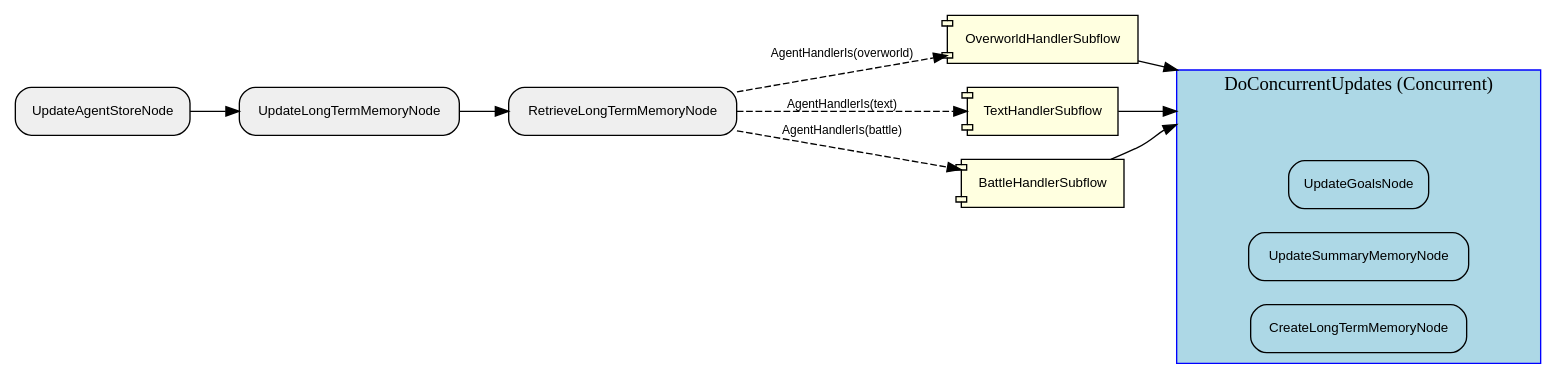
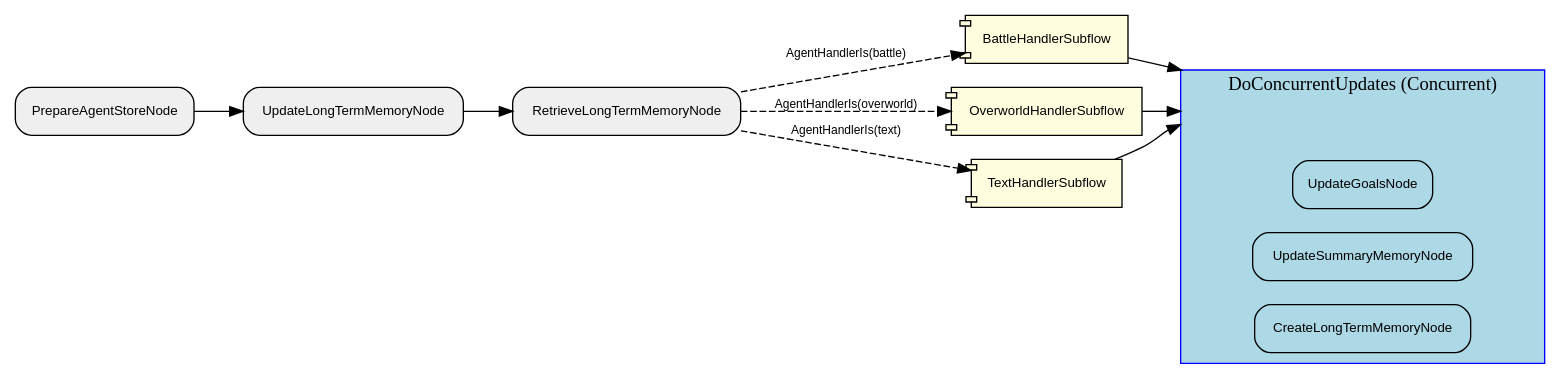
Before and after one commit to clambro/ai-plays-pokemon: the diagram in visualization/agent_graph/Graph.dot, drawn with Graphviz. The commit also changed 14 other files, not shown here.

```diff
--- a/visualization/agent_graph/Graph.dot
+++ b/visualization/agent_graph/Graph.dot
@@ -1,33 +1,33 @@
 digraph "G" {
   rankdir=LR;
   compound=true;
   node [shape=box, style="rounded,filled", fillcolor="#EFEFEF", fontname="Helvetica", fontsize=10];
   edge [fontname="Helvetica", fontsize=9];
-  subgraph "cluster_b3H5VVraMrmZ4UsAiz41k" {
+  subgraph "cluster_15ISiJW4Yi69JEu04sSHH" {
     label="DoConcurrentUpdates (Concurrent)";
     style="filled"; fillcolor="lightblue"; color="blue";
     node [fillcolor="lightblue", style="filled,rounded"];
-    "b3H5VVraMrmZ4UsAiz41k__entry" [label="", shape=point, width=0.01, style=invis];
-    "b3H5VVraMrmZ4UsAiz41k__exit"  [label="", shape=point, width=0.01, style=invis];
-    Jpjj4Hl6CoQfjNYYRkrOe [label="UpdateGoalsNode"];
-    U1S41vR2dN5AN0bR9nk2k [label="UpdateSummaryMemoryNode"];
-    Wx7mTDOhLdg5VGuPyCp57 [label="CreateLongTermMemoryNode"];
+    "15ISiJW4Yi69JEu04sSHH__entry" [label="", shape=point, width=0.01, style=invis];
+    "15ISiJW4Yi69JEu04sSHH__exit"  [label="", shape=point, width=0.01, style=invis];
+    c1SKqN2WIx2ij4NgUKTvb [label="UpdateGoalsNode"];
+    jLEwWIrZGxAGg4o38i4su [label="UpdateSummaryMemoryNode"];
+    GXflY9EKdHPiqjInL1sYC [label="CreateLongTermMemoryNode"];
   }
-  Wx7mTDOhLdg5VGuPyCp57 [label="CreateLongTermMemoryNode"];
-  SofP6yJCyvUuyVSpag27N [label="UpdateLongTermMemoryNode"];
-  x9ZFB1IVrCPAvM0nA9SUO [label="UpdateAgentStoreNode"];
-  Jpjj4Hl6CoQfjNYYRkrOe [label="UpdateGoalsNode"];
-  "2ErnJHmCWvIhWhkdqXywR" [label="OverworldHandlerSubflow", shape=component, style="filled,rounded", fillcolor="lightyellow"];
-  g12kDcX1UnGmAvx4GUkHM [label="RetrieveLongTermMemoryNode"];
-  JCWiGcm5Q0MBFyu3SqHFT [label="TextHandlerSubflow", shape=component, style="filled,rounded", fillcolor="lightyellow"];
-  U1S41vR2dN5AN0bR9nk2k [label="UpdateSummaryMemoryNode"];
-  iDt9QNltHqAMrDkAWDKBu [label="BattleHandlerSubflow", shape=component, style="filled,rounded", fillcolor="lightyellow"];
-  x9ZFB1IVrCPAvM0nA9SUO -> SofP6yJCyvUuyVSpag27N [style="solid"];
-  SofP6yJCyvUuyVSpag27N -> g12kDcX1UnGmAvx4GUkHM [style="solid"];
-  g12kDcX1UnGmAvx4GUkHM -> "2ErnJHmCWvIhWhkdqXywR" [style="dashed", label="AgentHandlerIs(overworld)"];
-  g12kDcX1UnGmAvx4GUkHM -> iDt9QNltHqAMrDkAWDKBu [style="dashed", label="AgentHandlerIs(battle)"];
-  g12kDcX1UnGmAvx4GUkHM -> JCWiGcm5Q0MBFyu3SqHFT [style="dashed", label="AgentHandlerIs(text)"];
-  JCWiGcm5Q0MBFyu3SqHFT -> b3H5VVraMrmZ4UsAiz41k__entry [lhead="cluster_b3H5VVraMrmZ4UsAiz41k", style="solid"];
-  iDt9QNltHqAMrDkAWDKBu -> b3H5VVraMrmZ4UsAiz41k__entry [lhead="cluster_b3H5VVraMrmZ4UsAiz41k", style="solid"];
-  "2ErnJHmCWvIhWhkdqXywR" -> b3H5VVraMrmZ4UsAiz41k__entry [lhead="cluster_b3H5VVraMrmZ4UsAiz41k", style="solid"];
+  GXflY9EKdHPiqjInL1sYC [label="CreateLongTermMemoryNode"];
+  AP86GCGV3npDf4CHClXFg [label="BattleHandlerSubflow", shape=component, style="filled,rounded", fillcolor="lightyellow"];
+  fv72b8kyNhTSRWWlL00R2 [label="UpdateLongTermMemoryNode"];
+  oW1E57LB7d2o1qKYWzj4w [label="RetrieveLongTermMemoryNode"];
+  vECg5X0vyAOo7gThuDB4Y [label="OverworldHandlerSubflow", shape=component, style="filled,rounded", fillcolor="lightyellow"];
+  HUZQmXyC3O2UpxJ2NxeOm [label="TextHandlerSubflow", shape=component, style="filled,rounded", fillcolor="lightyellow"];
+  c1SKqN2WIx2ij4NgUKTvb [label="UpdateGoalsNode"];
+  jLEwWIrZGxAGg4o38i4su [label="UpdateSummaryMemoryNode"];
+  "0gFf65PBfZlXKbrt2YaZI" [label="PrepareAgentStoreNode"];
+  "0gFf65PBfZlXKbrt2YaZI" -> fv72b8kyNhTSRWWlL00R2 [style="solid"];
+  fv72b8kyNhTSRWWlL00R2 -> oW1E57LB7d2o1qKYWzj4w [style="solid"];
+  oW1E57LB7d2o1qKYWzj4w -> vECg5X0vyAOo7gThuDB4Y [style="dashed", label="AgentHandlerIs(overworld)"];
+  oW1E57LB7d2o1qKYWzj4w -> AP86GCGV3npDf4CHClXFg [style="dashed", label="AgentHandlerIs(battle)"];
+  oW1E57LB7d2o1qKYWzj4w -> HUZQmXyC3O2UpxJ2NxeOm [style="dashed", label="AgentHandlerIs(text)"];
+  HUZQmXyC3O2UpxJ2NxeOm -> "15ISiJW4Yi69JEu04sSHH__entry" [lhead="cluster_15ISiJW4Yi69JEu04sSHH", style="solid"];
+  AP86GCGV3npDf4CHClXFg -> "15ISiJW4Yi69JEu04sSHH__entry" [lhead="cluster_15ISiJW4Yi69JEu04sSHH", style="solid"];
+  vECg5X0vyAOo7gThuDB4Y -> "15ISiJW4Yi69JEu04sSHH__entry" [lhead="cluster_15ISiJW4Yi69JEu04sSHH", style="solid"];
 }
```
